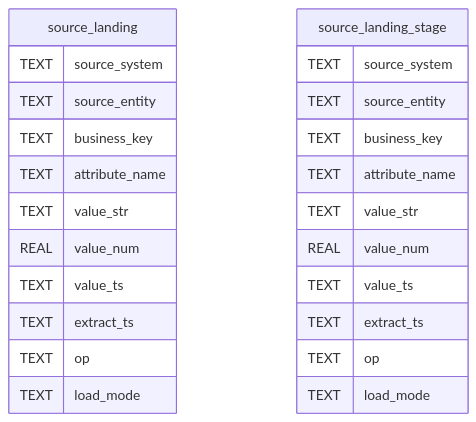
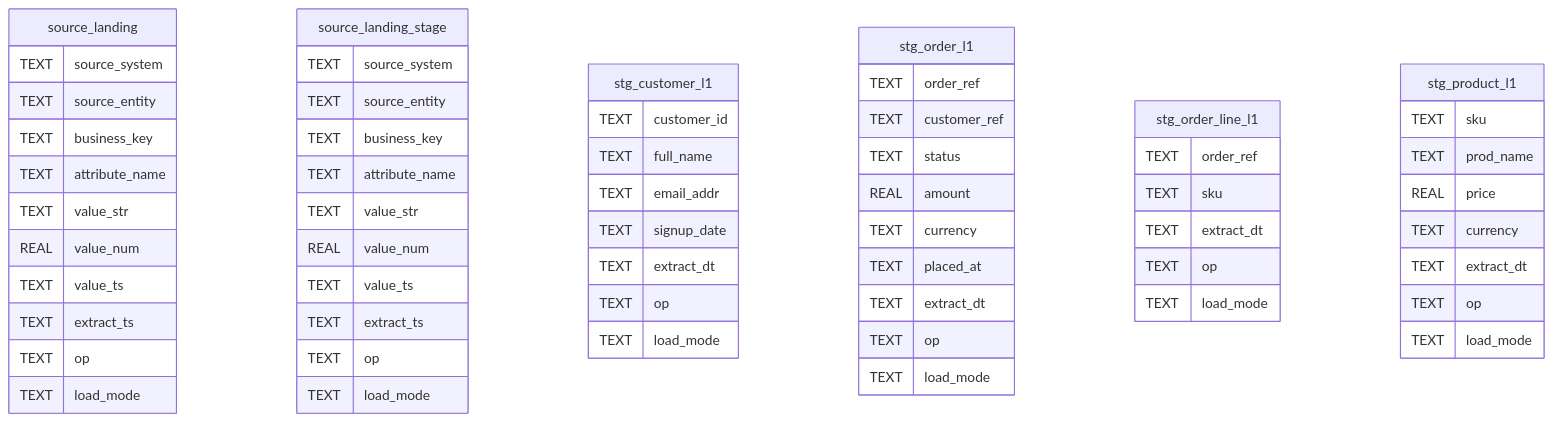
The third of 4 diagrams in er-diagrams/mermaid/focal-point.md (brianmcmillan/minimum-viable-warehouse), drawn with Mermaid before and after one commit. The commit also changed other lines of this file and 27 other files, not shown here.

````diff
--- a/er-diagrams/mermaid/focal-point.md
+++ b/er-diagrams/mermaid/focal-point.md
@@ -243,27 +243,63 @@
 ```mermaid
 erDiagram
     source_landing {
         TEXT source_system
         TEXT source_entity
         TEXT business_key
         TEXT attribute_name
         TEXT value_str
         REAL value_num
         TEXT value_ts
         TEXT extract_ts
         TEXT op
         TEXT load_mode
     }
     source_landing_stage {
         TEXT source_system
         TEXT source_entity
         TEXT business_key
         TEXT attribute_name
         TEXT value_str
         REAL value_num
         TEXT value_ts
         TEXT extract_ts
         TEXT op
         TEXT load_mode
     }
+    stg_customer_l1 {
+        TEXT customer_id
+        TEXT full_name
+        TEXT email_addr
+        TEXT signup_date
+        TEXT extract_dt
+        TEXT op
+        TEXT load_mode
+    }
+    stg_order_l1 {
+        TEXT order_ref
+        TEXT customer_ref
+        TEXT status
+        REAL amount
+        TEXT currency
+        TEXT placed_at
+        TEXT extract_dt
+        TEXT op
+        TEXT load_mode
+    }
+    stg_order_line_l1 {
+        TEXT order_ref
+        TEXT sku
+        TEXT extract_dt
+        TEXT op
+        TEXT load_mode
+    }
+    stg_product_l1 {
+        TEXT sku
+        TEXT prod_name
+        REAL price
+        TEXT currency
+        TEXT extract_dt
+        TEXT op
+        TEXT load_mode
+    }
 ```
````
